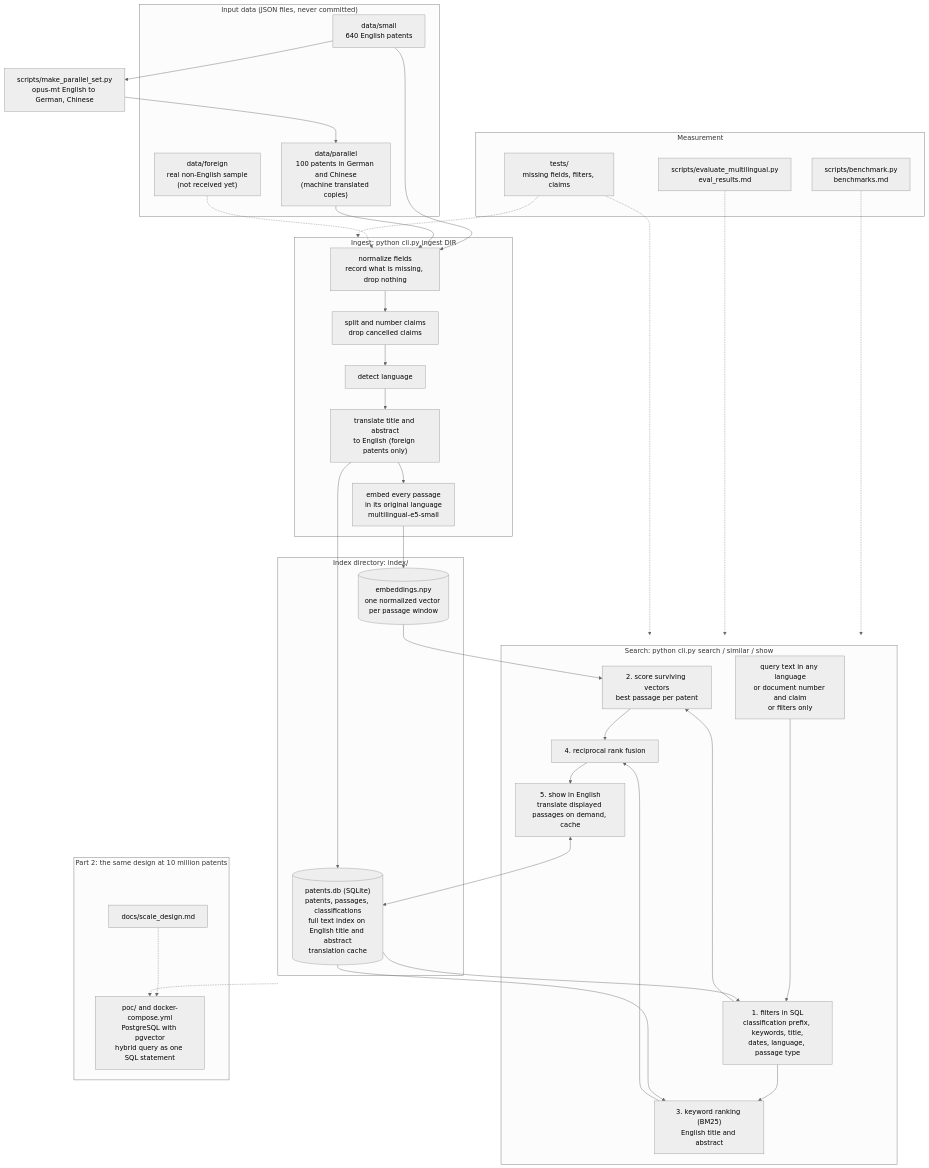
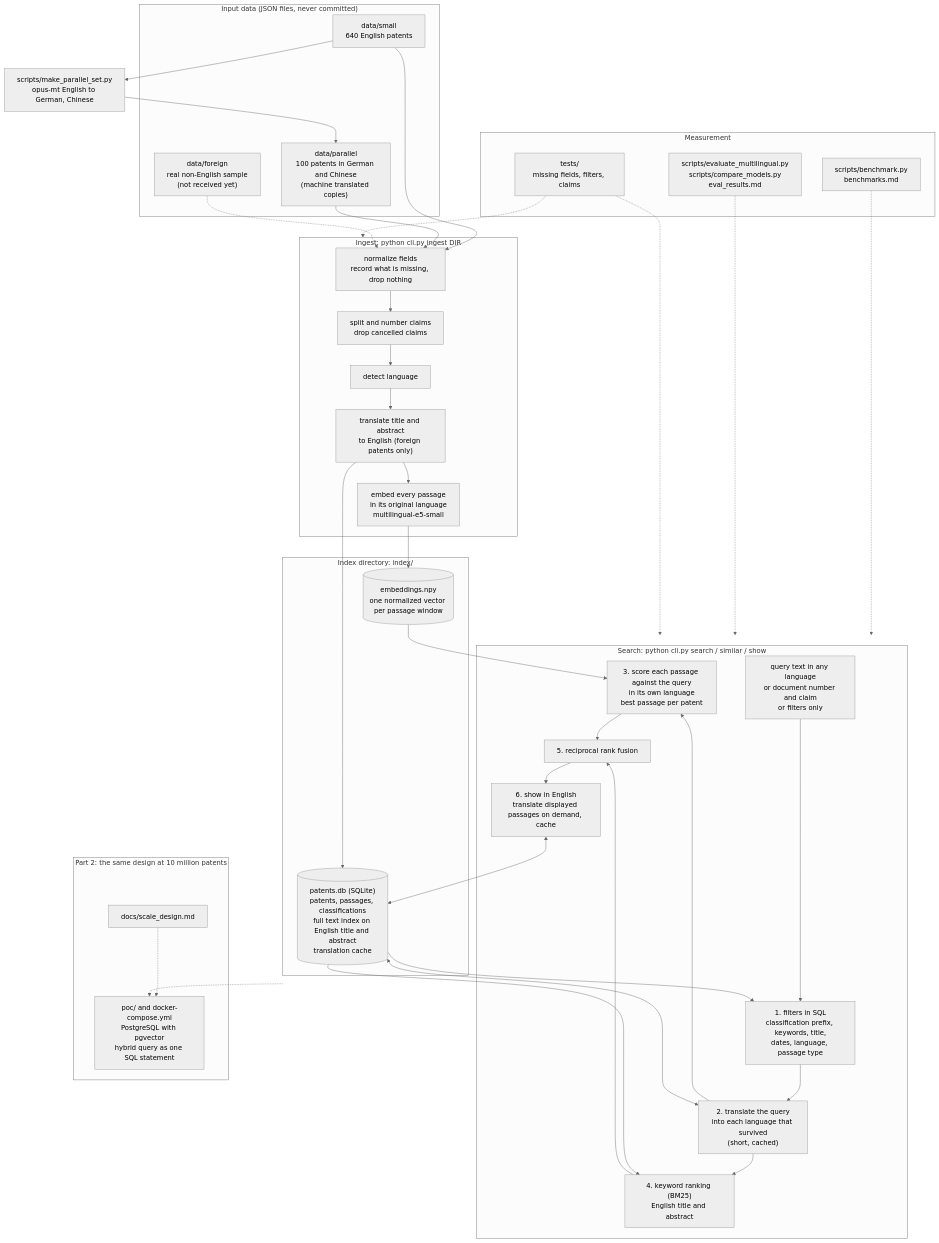
One commit to tairanhabib/thinkstruct-patent-search changed the diagram in docs/architecture.md. Above: the diagram before and after it, drawn with Mermaid (neutral theme). The commit also changed other lines of this file and 11 other files, not shown here.

````diff
--- a/docs/architecture.md
+++ b/docs/architecture.md
@@ -5,62 +5,64 @@
 ```mermaid
 flowchart TD
     subgraph IN["Input data (JSON files, never committed)"]
         small["data/small<br/>640 English patents"]
         parallel["data/parallel<br/>100 patents in German and Chinese<br/>(machine translated copies)"]
         foreign["data/foreign<br/>real non-English sample<br/>(not received yet)"]
     end
 
     mk["scripts/make_parallel_set.py<br/>opus-mt English to German, Chinese"]
     small --> mk --> parallel
 
     subgraph ING["Ingest: python cli.py ingest DIR"]
         norm["normalize fields<br/>record what is missing, drop nothing"]
         claims["split and number claims<br/>drop cancelled claims"]
         lang["detect language"]
         tr1["translate title and abstract<br/>to English (foreign patents only)"]
         emb["embed every passage<br/>in its original language<br/>multilingual-e5-small"]
         norm --> claims --> lang --> tr1 --> emb
     end
     small --> norm
     parallel --> norm
     foreign -.-> norm
 
     subgraph IDX["Index directory: index/"]
         db[("patents.db (SQLite)<br/>patents, passages, classifications<br/>full text index on English title and abstract<br/>translation cache")]
         vec[("embeddings.npy<br/>one normalized vector per passage window")]
     end
     tr1 --> db
     emb --> vec
 
     subgraph SRCH["Search: python cli.py search / similar / show"]
         q["query text in any language<br/>or document number and claim<br/>or filters only"]
         filt["1. filters in SQL<br/>classification prefix, keywords, title,<br/>dates, language, passage type"]
-        sem["2. score surviving vectors<br/>best passage per patent"]
-        kw["3. keyword ranking (BM25)<br/>English title and abstract"]
-        rrf["4. reciprocal rank fusion"]
-        show["5. show in English<br/>translate displayed passages on demand, cache"]
-        q --> filt --> sem --> rrf --> show
-        filt --> kw --> rrf
+        tq["2. translate the query<br/>into each language that survived<br/>(short, cached)"]
+        sem["3. score each passage against the query<br/>in its own language<br/>best passage per patent"]
+        kw["4. keyword ranking (BM25)<br/>English title and abstract"]
+        rrf["5. reciprocal rank fusion"]
+        show["6. show in English<br/>translate displayed passages on demand, cache"]
+        q --> filt --> tq --> sem --> rrf --> show
+        tq --> kw --> rrf
     end
     db --> filt
     db --> kw
     vec --> sem
     show <--> db
+    tq <--> db
 
     subgraph MEAS["Measurement"]
         bench["scripts/benchmark.py<br/>benchmarks.md"]
-        evalm["scripts/evaluate_multilingual.py<br/>eval_results.md"]
+        evalm["scripts/evaluate_multilingual.py<br/>scripts/compare_models.py<br/>eval_results.md"]
         tests["tests/<br/>missing fields, filters, claims"]
     end
     bench -.-> SRCH
     evalm -.-> SRCH
     tests -.-> ING
     tests -.-> SRCH
 
     subgraph P2["Part 2: the same design at 10 million patents"]
         design["docs/scale_design.md"]
         poc["poc/ and docker-compose.yml<br/>PostgreSQL with pgvector<br/>hybrid query as one SQL statement"]
     end
     IDX -.-> poc
     design -.-> poc
 ```
````
